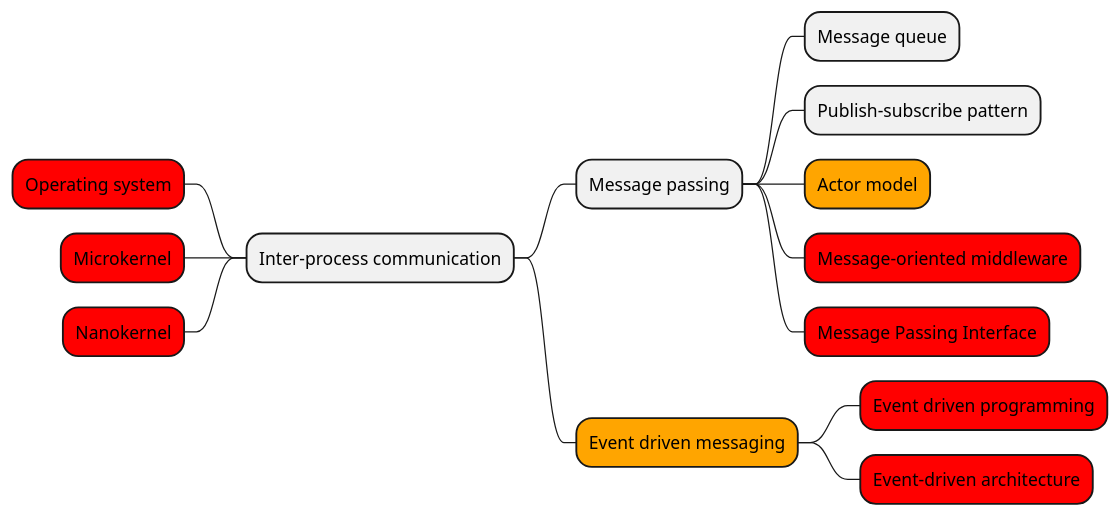
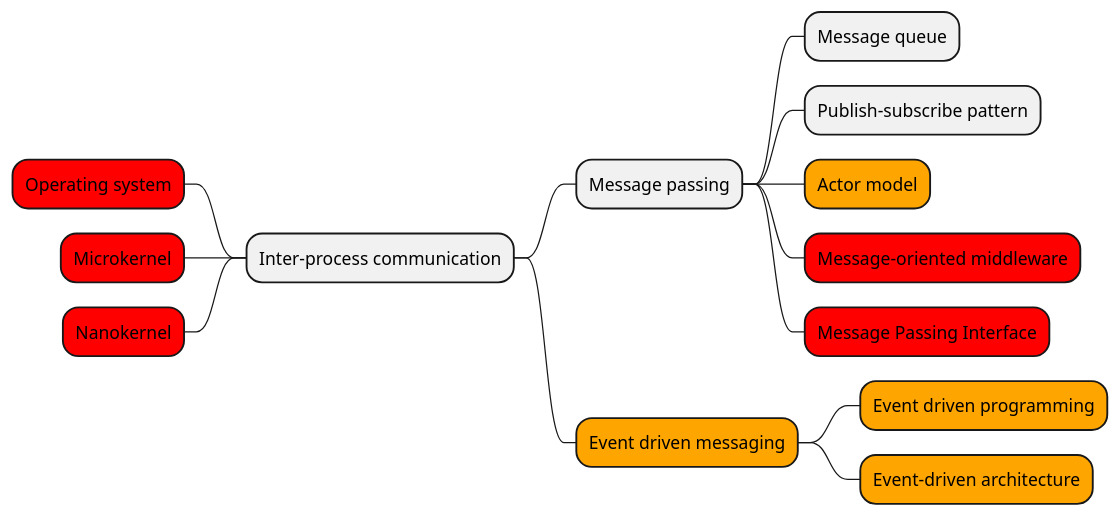
One commit to renemoll/wiki changed the first of 2 diagrams in programming/embedded/project/message-passing.md. Above: the diagram before and after it, drawn with PlantUML. The commit also changed other lines of this file, not shown here.

Commit message:
docs: update programming/embedded/project/message-passing

````diff
--- a/programming/embedded/project/message-passing.md
+++ b/programming/embedded/project/message-passing.md
@@ -15,17 +15,17 @@
 ```plantuml
 @startmindmap
 + Inter-process communication
 --[#Red] Operating system
 --[#Red] Microkernel
 --[#Red] Nanokernel
 ++ Message passing
 +++ Message queue
 +++ Publish–subscribe pattern
 +++[#Orange] Actor model
 +++[#Red] Message-oriented middleware
 +++[#Red] Message Passing Interface
 ++[#Orange] Event driven messaging
-+++[#Red] Event driven programming
-+++[#Red] Event-driven architecture
++++[#Orange] Event driven programming
++++[#Orange] Event-driven architecture
 @endmindmap
 ```
````
